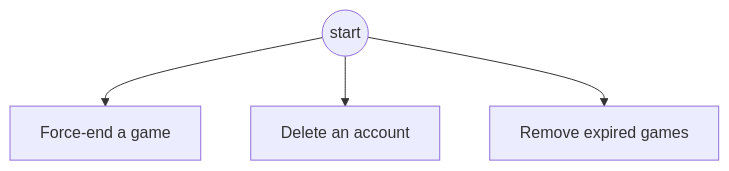
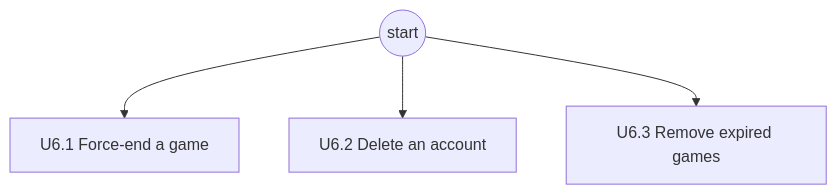
Diagram 24 of 29 in docs/changes/workstreams/application-game-architecture/71-one-game-model/71-functional.md (delphside/programme), drawn with Mermaid before and after one commit. The commit also changed other lines of this file and 1 other file, not shown here.

````diff
--- a/docs/changes/workstreams/application-game-architecture/71-one-game-model/71-functional.md
+++ b/docs/changes/workstreams/application-game-architecture/71-one-game-model/71-functional.md
@@ -390,6 +406,6 @@
 ```mermaid
 flowchart TD
-  s0((start)) --> a1["Force-end a game"]
-  s0 --> a2["Delete an account"]
-  s0 --> a3["Remove expired games"]
+  s0((start)) --> a1["U6.1 Force-end a game"]
+  s0 --> a2["U6.2 Delete an account"]
+  s0 --> a3["U6.3 Remove expired games"]
 ```
````
